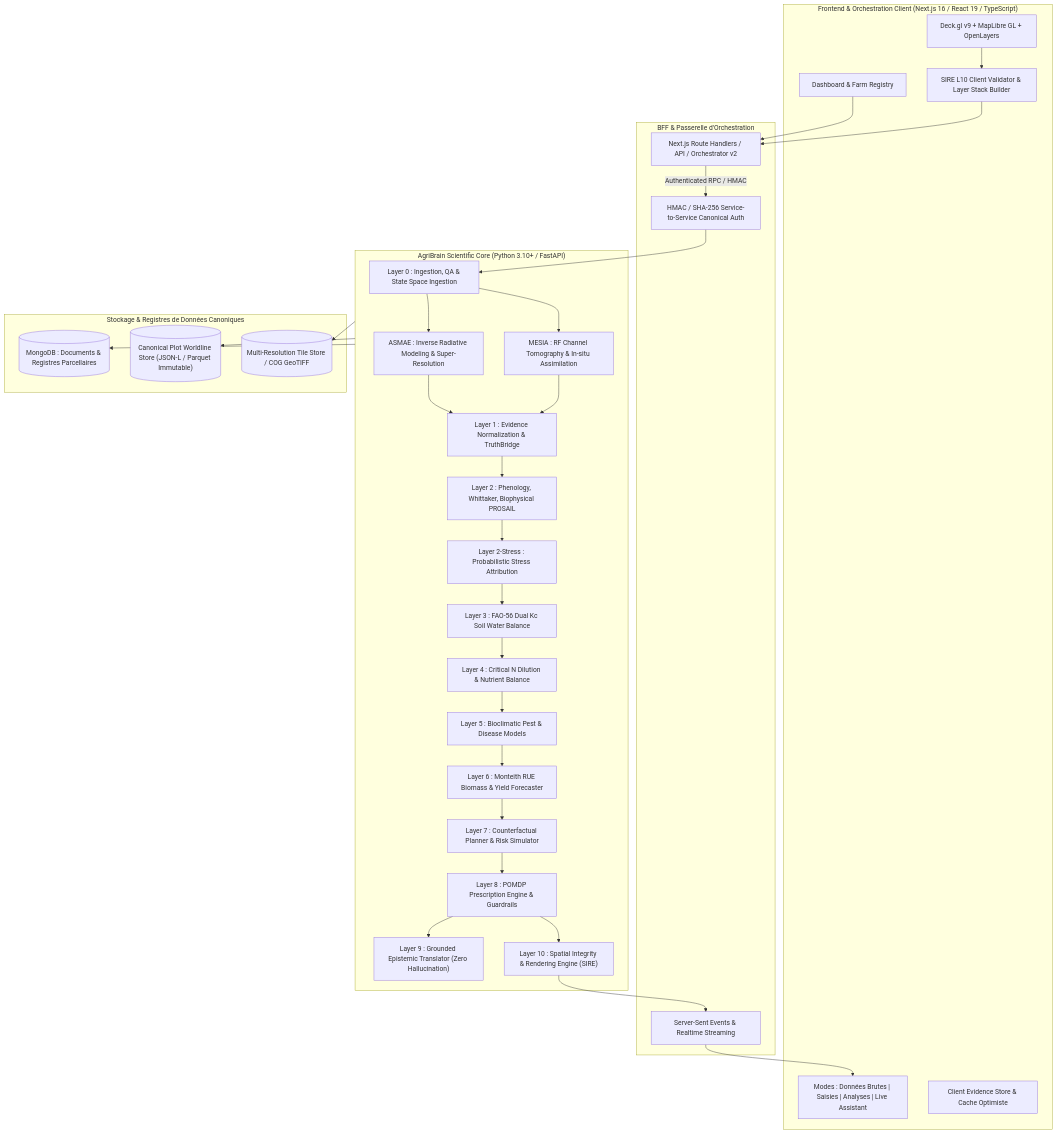
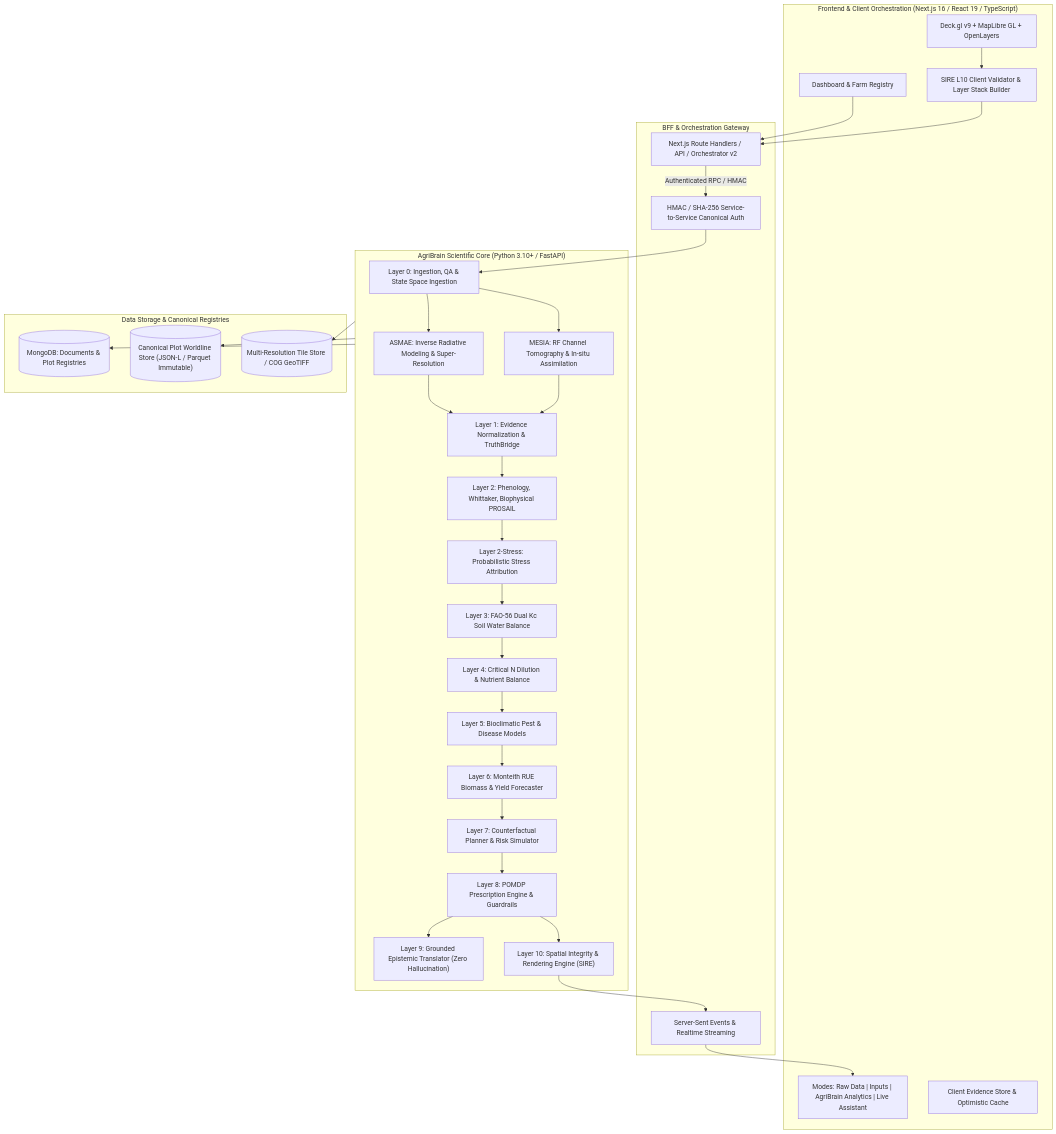
One commit to webClone/AgriWise changed the second of 2 diagrams in README.md. Above: the diagram before and after it, drawn with Mermaid. The commit also changed other lines of this file, not shown here.

````diff
--- a/README.md
+++ b/README.md
@@ -85,64 +85,64 @@
 ```mermaid
 graph TB
-    subgraph Frontend["Frontend & Orchestration Client (Next.js 16 / React 19 / TypeScript)"]
+    subgraph Frontend["Frontend & Client Orchestration (Next.js 16 / React 19 / TypeScript)"]
         UI_Core["Dashboard & Farm Registry"]
         Map_Engine["Deck.gl v9 + MapLibre GL + OpenLayers"]
-        UI_Modes["Modes : Données Brutes | Saisies | Analyses | Live Assistant"]
-        Client_State["Client Evidence Store & Cache Optimiste"]
+        UI_Modes["Modes: Raw Data | Inputs | AgriBrain Analytics | Live Assistant"]
+        Client_State["Client Evidence Store & Optimistic Cache"]
         SIRE_Client["SIRE L10 Client Validator & Layer Stack Builder"]
     end
 
-    subgraph Gateway["BFF & Passerelle d'Orchestration"]
+    subgraph Gateway["BFF & Orchestration Gateway"]
         Next_API["Next.js Route Handlers / API / Orchestrator v2"]
         Auth_Service["HMAC / SHA-256 Service-to-Service Canonical Auth"]
         SSE_Engine["Server-Sent Events & Realtime Streaming"]
     end
 
     subgraph Scientific_Core["AgriBrain Scientific Core (Python 3.10+ / FastAPI)"]
-        L0_Gov["Layer 0 : Ingestion, QA & State Space Ingestion"]
-        ASMAE_Engine["ASMAE : Inverse Radiative Modeling & Super-Resolution"]
-        MESIA_Engine["MESIA : RF Channel Tomography & In-situ Assimilation"]
-        L1_Fusion["Layer 1 : Evidence Normalization & TruthBridge"]
-        L2_Veg["Layer 2 : Phenology, Whittaker, Biophysical PROSAIL"]
-        L2_Stress["Layer 2-Stress : Probabilistic Stress Attribution"]
-        L3_Water["Layer 3 : FAO-56 Dual Kc Soil Water Balance"]
-        L4_Nutri["Layer 4 : Critical N Dilution & Nutrient Balance"]
-        L5_Bio["Layer 5 : Bioclimatic Pest & Disease Models"]
-        L6_Yield["Layer 6 : Monteith RUE Biomass & Yield Forecaster"]
-        L7_Counter["Layer 7 : Counterfactual Planner & Risk Simulator"]
-        L8_Policy["Layer 8 : POMDP Prescription Engine & Guardrails"]
-        L9_LLM["Layer 9 : Grounded Epistemic Translator (Zero Hallucination)"]
-        L10_SIRE["Layer 10 : Spatial Integrity & Rendering Engine (SIRE)"]
+        L0_Gov["Layer 0: Ingestion, QA & State Space Ingestion"]
+        ASMAE_Engine["ASMAE: Inverse Radiative Modeling & Super-Resolution"]
+        MESIA_Engine["MESIA: RF Channel Tomography & In-situ Assimilation"]
+        L1_Fusion["Layer 1: Evidence Normalization & TruthBridge"]
+        L2_Veg["Layer 2: Phenology, Whittaker, Biophysical PROSAIL"]
+        L2_Stress["Layer 2-Stress: Probabilistic Stress Attribution"]
+        L3_Water["Layer 3: FAO-56 Dual Kc Soil Water Balance"]
+        L4_Nutri["Layer 4: Critical N Dilution & Nutrient Balance"]
+        L5_Bio["Layer 5: Bioclimatic Pest & Disease Models"]
+        L6_Yield["Layer 6: Monteith RUE Biomass & Yield Forecaster"]
+        L7_Counter["Layer 7: Counterfactual Planner & Risk Simulator"]
+        L8_Policy["Layer 8: POMDP Prescription Engine & Guardrails"]
+        L9_LLM["Layer 9: Grounded Epistemic Translator (Zero Hallucination)"]
+        L10_SIRE["Layer 10: Spatial Integrity & Rendering Engine (SIRE)"]
     end
 
-    subgraph Data_Storage["Stockage & Registres de Données Canoniques"]
-        MongoDB[("MongoDB : Documents & Registres Parcellaires")]
+    subgraph Data_Storage["Data Storage & Canonical Registries"]
+        MongoDB[("MongoDB: Documents & Plot Registries")]
         Worldlines[("Canonical Plot Worldline Store (JSON-L / Parquet Immutable)")]
         RasterCache[("Multi-Resolution Tile Store / COG GeoTIFF")]
     end
 
     UI_Core --> Next_API
     Map_Engine --> SIRE_Client
     SIRE_Client --> Next_API
     Next_API -->|Authenticated RPC / HMAC| Auth_Service
     Auth_Service --> L0_Gov
     L0_Gov --> ASMAE_Engine
     L0_Gov --> MESIA_Engine
     ASMAE_Engine --> L1_Fusion
     MESIA_Engine --> L1_Fusion
     L1_Fusion --> L2_Veg
     L2_Veg --> L2_Stress
     L2_Stress --> L3_Water
     L3_Water --> L4_Nutri
     L4_Nutri --> L5_Bio
     L5_Bio --> L6_Yield
     L6_Yield --> L7_Counter
     L7_Counter --> L8_Policy
     L8_Policy --> L9_LLM
     L8_Policy --> L10_SIRE
     L10_SIRE --> SSE_Engine
     SSE_Engine --> UI_Modes
     Scientific_Core --> Worldlines
     Scientific_Core --> MongoDB
     Scientific_Core --> RasterCache
 ```
````
